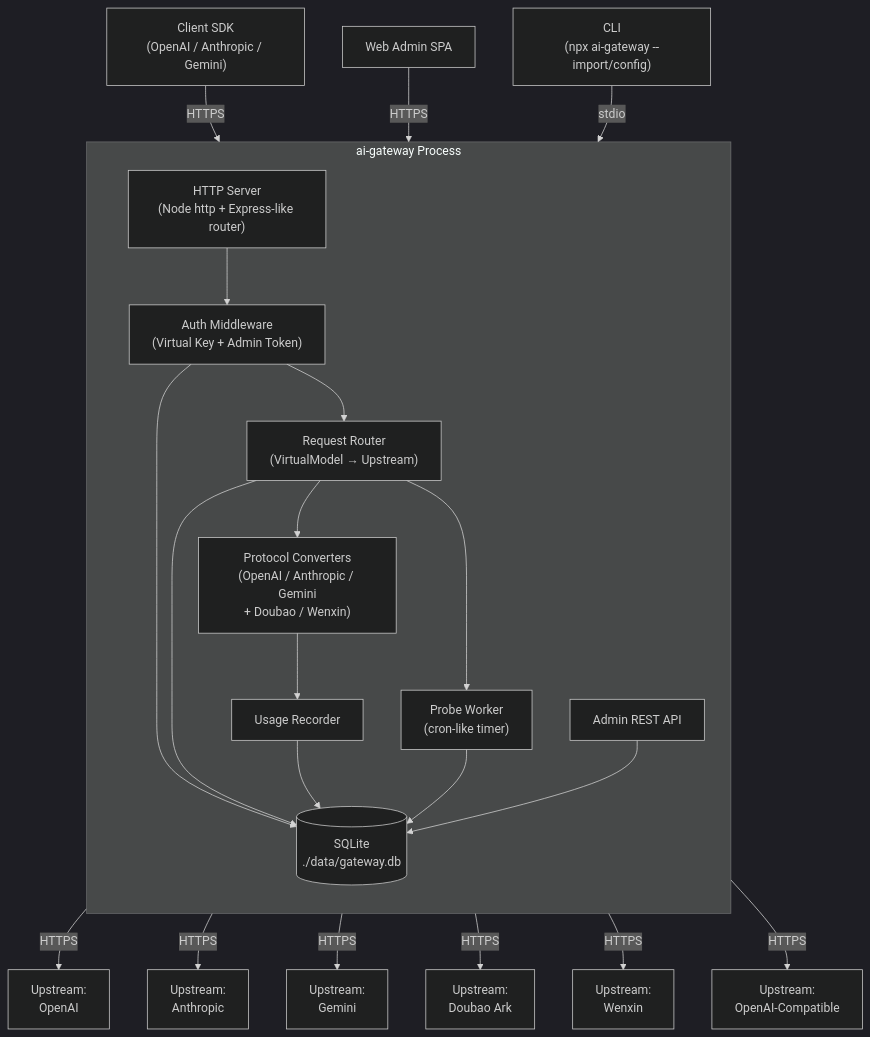
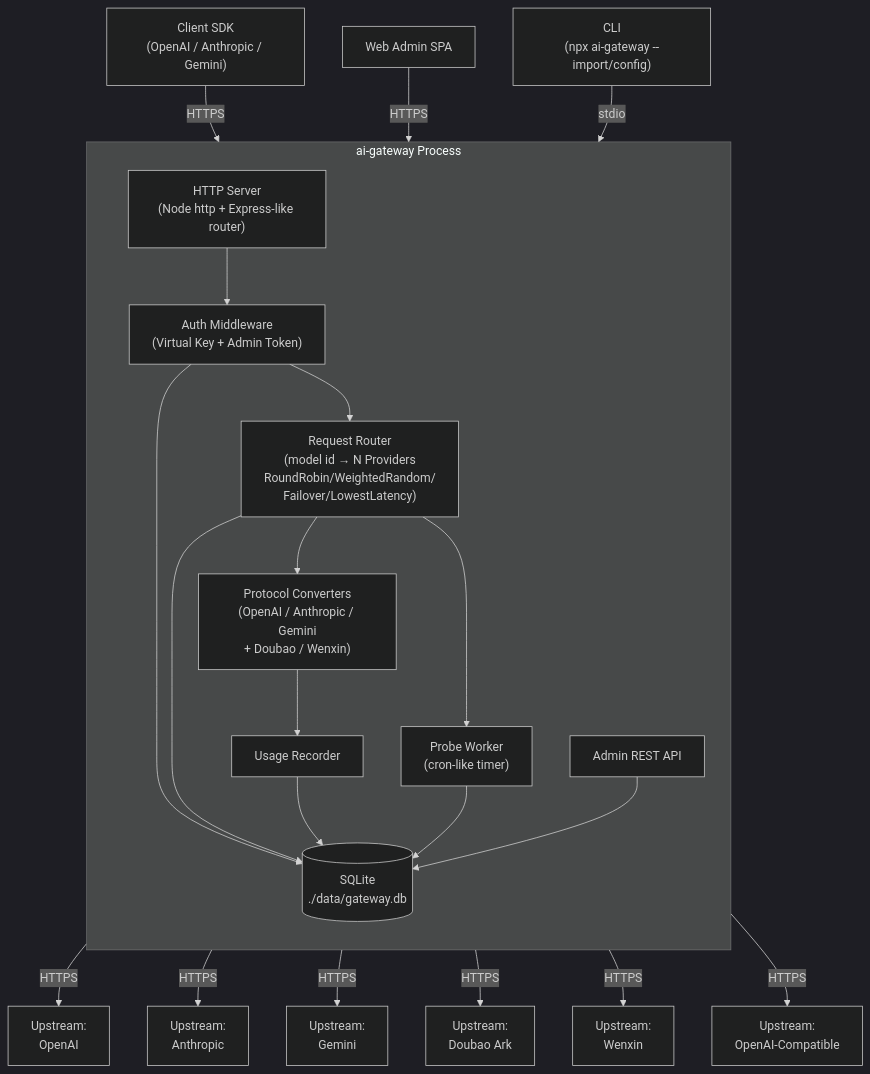
Before and after one commit to nillikechatchat/Agwdog: the first of 2 diagrams in .monkeycode/specs/ai-gateway/design.md, drawn with Mermaid (dark theme). The commit also changed other lines of this file and 1 other file, not shown here.

````diff
--- a/.monkeycode/specs/ai-gateway/design.md
+++ b/.monkeycode/specs/ai-gateway/design.md
@@ -35,45 +35,45 @@
 ```mermaid
 graph TB
     Client["Client SDK<br/>(OpenAI / Anthropic / Gemini)"]
     Web["Web Admin SPA"]
     CLI["CLI<br/>(npx ai-gateway --import/config)"]
 
     subgraph Gateway["ai-gateway Process"]
         direction TB
         HTTP["HTTP Server<br/>(Node http + Express-like router)"]
         Auth["Auth Middleware<br/>(Virtual Key + Admin Token)"]
-        Router["Request Router<br/>(VirtualModel → Upstream)"]
+        Router["Request Router<br/>(model id → N Providers<br/>RoundRobin/WeightedRandom/<br/>Failover/LowestLatency)"]
         Convert["Protocol Converters<br/>(OpenAI / Anthropic / Gemini<br/>+ Doubao / Wenxin)"]
         Probe["Probe Worker<br/>(cron-like timer)"]
         Usage["Usage Recorder"]
         Repo["Admin REST API"]
         Storage[("SQLite<br/>./data/gateway.db")]
     end
 
     Upstream1["Upstream:<br/>OpenAI"]
     Upstream2["Upstream:<br/>Anthropic"]
     Upstream3["Upstream:<br/>Gemini"]
     Upstream4["Upstream:<br/>Doubao Ark"]
     Upstream5["Upstream:<br/>Wenxin"]
     Upstream6["Upstream:<br/>OpenAI-Compatible"]
 
     Client -->|HTTPS| HTTP
     Web -->|HTTPS| HTTP
     CLI -->|stdio| Repo
 
     HTTP --> Auth --> Router --> Convert
     Convert -->|HTTPS| Upstream1
     Convert -->|HTTPS| Upstream2
     Convert -->|HTTPS| Upstream3
     Convert -->|HTTPS| Upstream4
     Convert -->|HTTPS| Upstream5
     Convert -->|HTTPS| Upstream6
 
     Convert --> Usage
     Router --> Probe
     Auth --> Storage
     Router --> Storage
     Usage --> Storage
     Probe --> Storage
     Repo --> Storage
 ```
````
